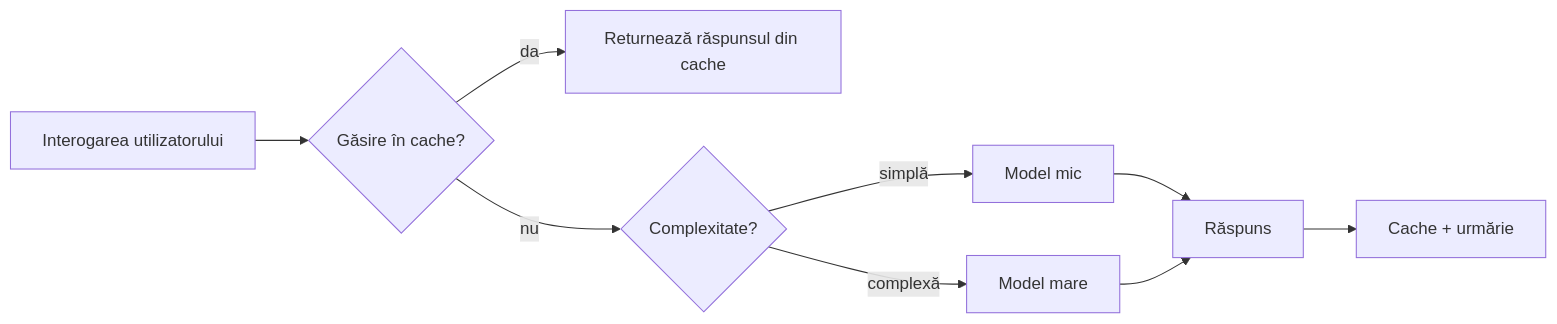
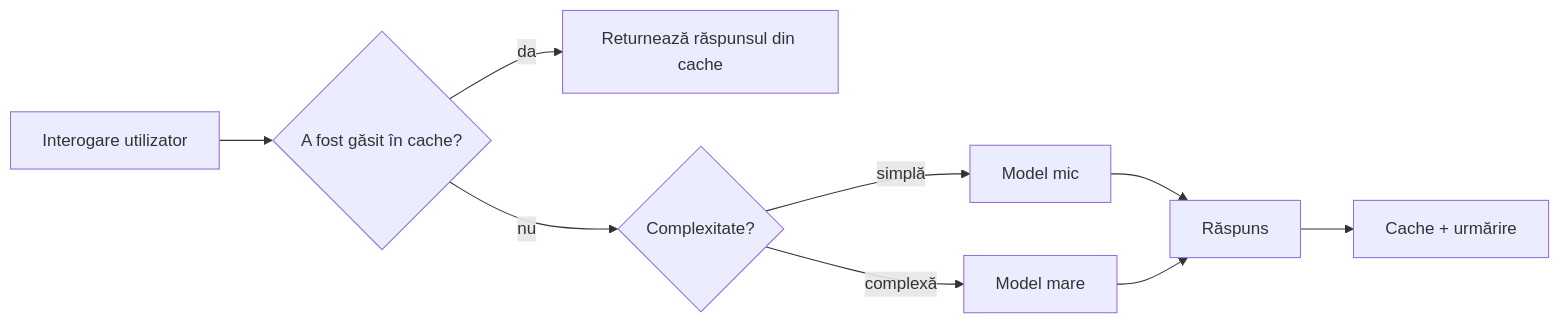
Before and after one commit to gabrielmoreira/agent-skills-mirror: the third of 4 diagrams in mirrors/repos/microsoft@ai-agents-for-beginners/translations/ro/16-deploying-scalable-agents/README.md, drawn with Mermaid. The commit also changed other lines of this file and 4262 other files, not shown here.

````diff
--- a/mirrors/repos/microsoft@ai-agents-for-beginners/translations/ro/16-deploying-scalable-agents/README.md
+++ b/mirrors/repos/microsoft@ai-agents-for-beginners/translations/ro/16-deploying-scalable-agents/README.md
@@ -134,11 +134,11 @@
 ```mermaid
 flowchart LR
-    Q[Interogarea utilizatorului] --> C{Găsire în cache?}
+    Q[Interogare utilizator] --> C{A fost găsit în cache?}
     C -->|da| R[Returnează răspunsul din cache]
     C -->|nu| Router{Complexitate?}
     Router -->|simplă| SLM[Model mic]
     Router -->|complexă| LLM[Model mare]
     SLM --> Out[Răspuns]
     LLM --> Out
-    Out --> Store[Cache + urmărie]
+    Out --> Store[Cache + urmărire]
 ```
````
